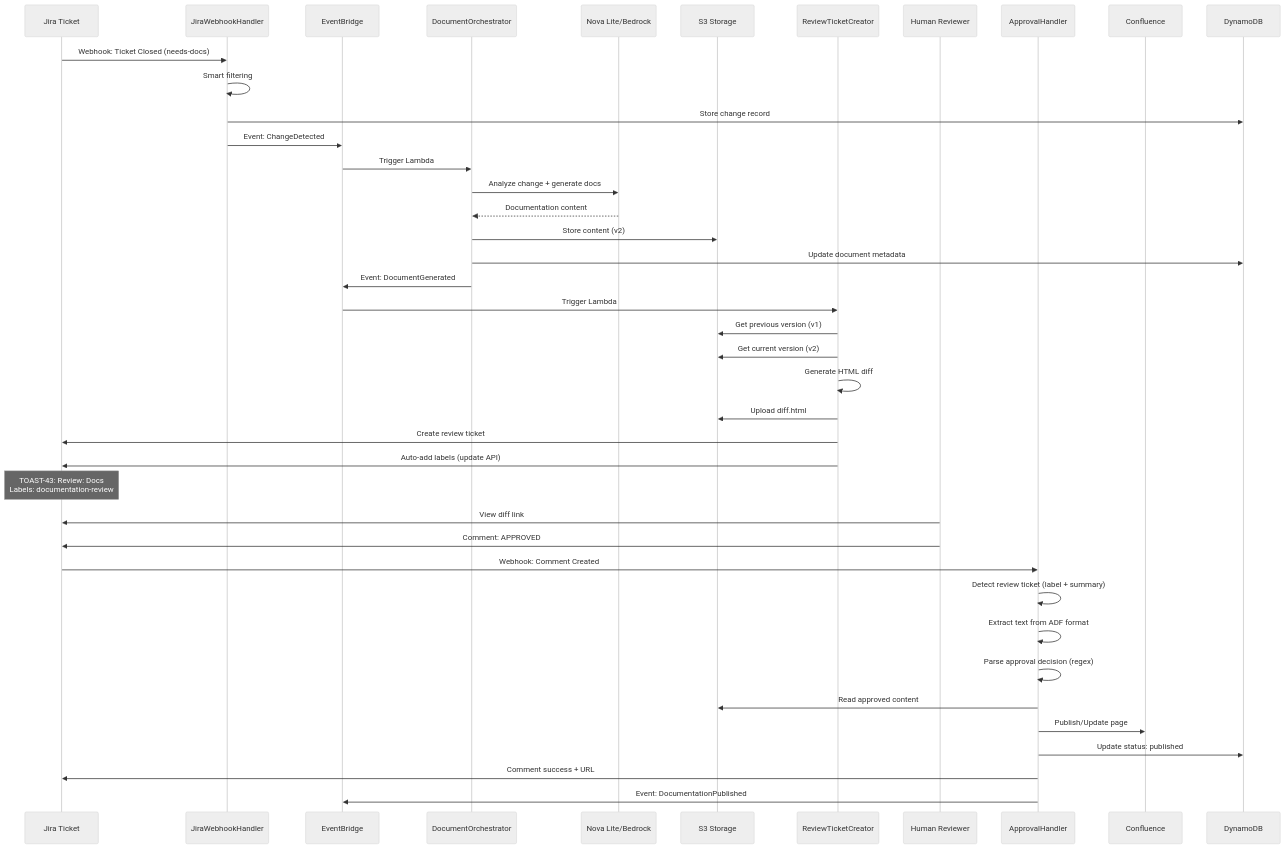
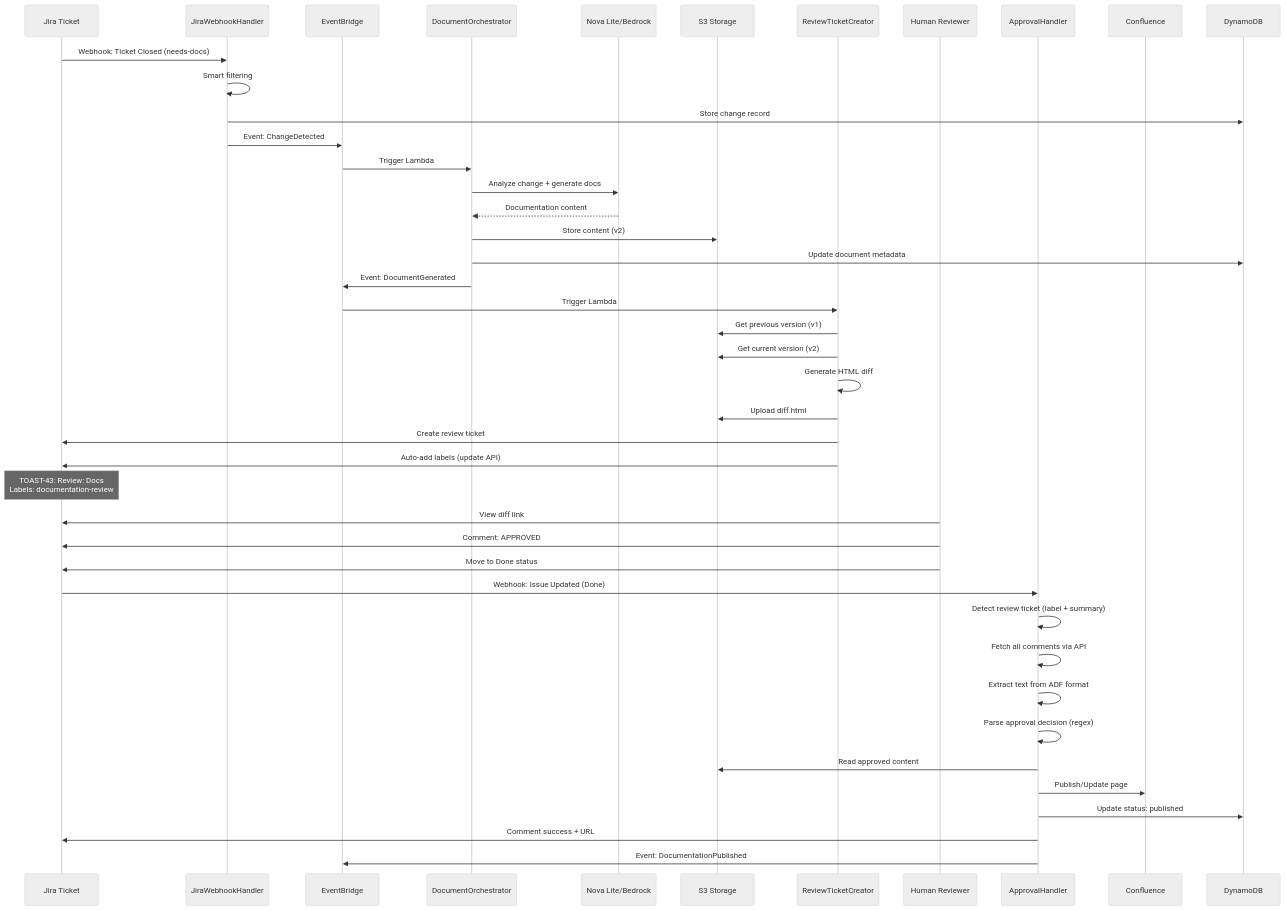
Before and after one commit to jaredgiosinuff/kinexus-ai: the second of 3 diagrams in docs/architecture.md, drawn with Mermaid (neutral theme). The commit also changed other lines of this file and 1 other file, not shown here.

First line of the commit message:
docs: Fix architecture.md inaccuracies and remove GitHub webhook references

````diff
--- a/docs/architecture.md
+++ b/docs/architecture.md
@@ -156,47 +158,49 @@
 ```mermaid
 sequenceDiagram
     participant Jira as Jira Ticket
     participant WH as JiraWebhookHandler
     participant EB as EventBridge
     participant Orch as DocumentOrchestrator
     participant Bedrock as Nova Lite/Bedrock
     participant S3 as S3 Storage
     participant Rev as ReviewTicketCreator
     participant Human as Human Reviewer
     participant App as ApprovalHandler
     participant Conf as Confluence
 
     Jira->>WH: Webhook: Ticket Closed (needs-docs)
     WH->>WH: Smart filtering
     WH->>DynamoDB: Store change record
     WH->>EB: Event: ChangeDetected
     EB->>Orch: Trigger Lambda
 
     Orch->>Bedrock: Analyze change + generate docs
     Bedrock-->>Orch: Documentation content
     Orch->>S3: Store content (v2)
     Orch->>DynamoDB: Update document metadata
     Orch->>EB: Event: DocumentGenerated
 
     EB->>Rev: Trigger Lambda
     Rev->>S3: Get previous version (v1)
     Rev->>S3: Get current version (v2)
     Rev->>Rev: Generate HTML diff
     Rev->>S3: Upload diff.html
     Rev->>Jira: Create review ticket
     Rev->>Jira: Auto-add labels (update API)
     Note over Jira: TOAST-43: Review: Docs<br/>Labels: documentation-review
 
     Human->>Jira: View diff link
     Human->>Jira: Comment: APPROVED
+    Human->>Jira: Move to Done status
 
-    Jira->>App: Webhook: Comment Created
+    Jira->>App: Webhook: Issue Updated (Done)
     App->>App: Detect review ticket (label + summary)
+    App->>App: Fetch all comments via API
     App->>App: Extract text from ADF format
     App->>App: Parse approval decision (regex)
     App->>S3: Read approved content
     App->>Conf: Publish/Update page
     App->>DynamoDB: Update status: published
     App->>Jira: Comment success + URL
     App->>EB: Event: DocumentationPublished
 ```
````
